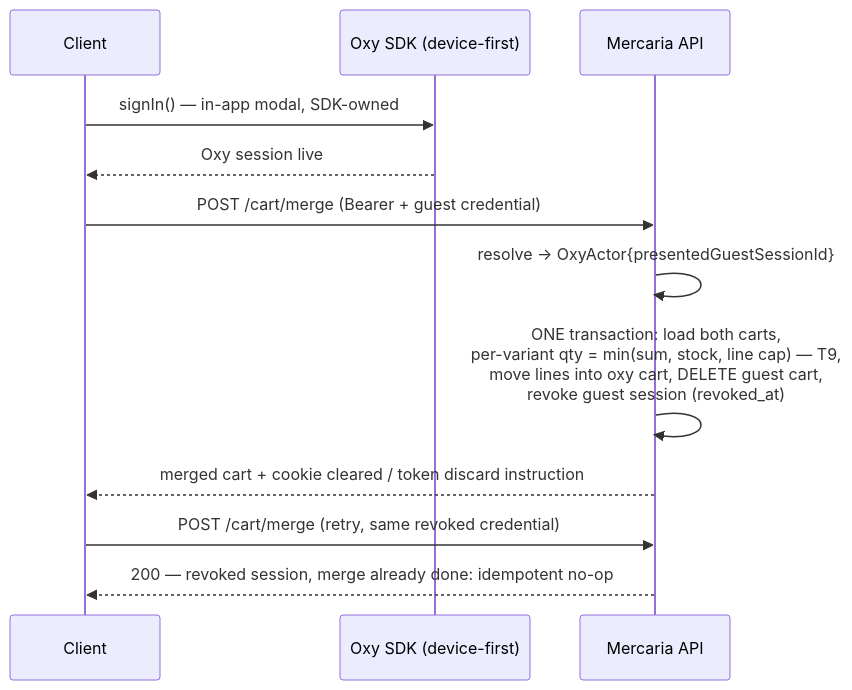
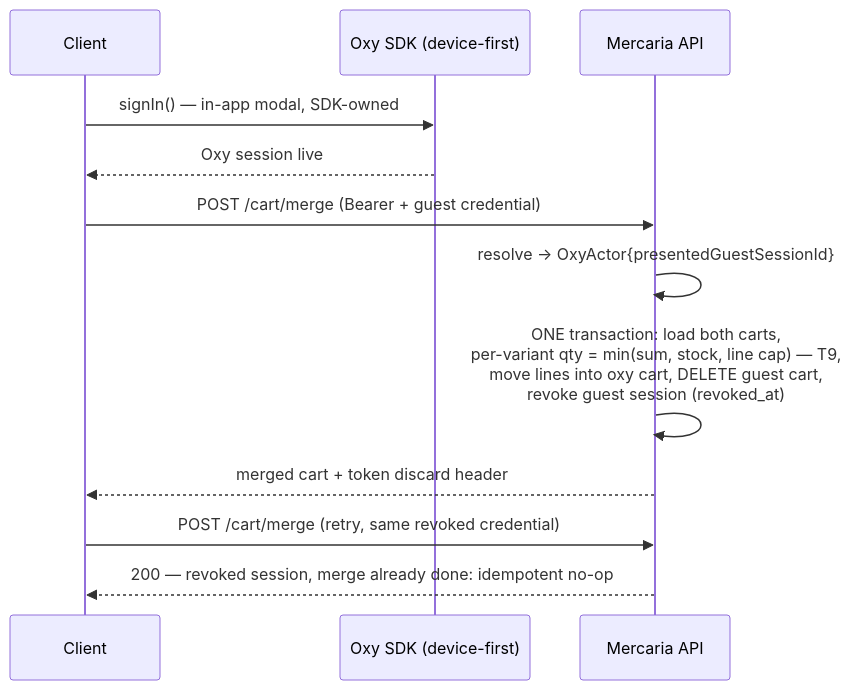
Before and after one commit to OxyHQ/Mercaria: the third of 12 diagrams in docs/adr/0003-commerce-actor-guest-identity.md, drawn with Mermaid. The commit also changed other lines of this file and 94 other files, not shown here.

````diff
--- a/docs/adr/0003-commerce-actor-guest-identity.md
+++ b/docs/adr/0003-commerce-actor-guest-identity.md
@@ -662,14 +661,14 @@
 ```mermaid
 sequenceDiagram
     participant App as Client
     participant Oxy as Oxy SDK (device-first)
     participant API as Mercaria API
     App->>Oxy: signIn() — in-app modal, SDK-owned
     Oxy-->>App: Oxy session live
     App->>API: POST /cart/merge (Bearer + guest credential)
     API->>API: resolve → OxyActor{presentedGuestSessionId}
     API->>API: ONE transaction: load both carts,<br/>per-variant qty = min(sum, stock, line cap) — T9,<br/>move lines into oxy cart, DELETE guest cart,<br/>revoke guest session (revoked_at)
-    API-->>App: merged cart + cookie cleared / token discard instruction
+    API-->>App: merged cart + token discard header
     App->>API: POST /cart/merge (retry, same revoked credential)
     API-->>App: 200 — revoked session, merge already done: idempotent no-op
 ```
````
